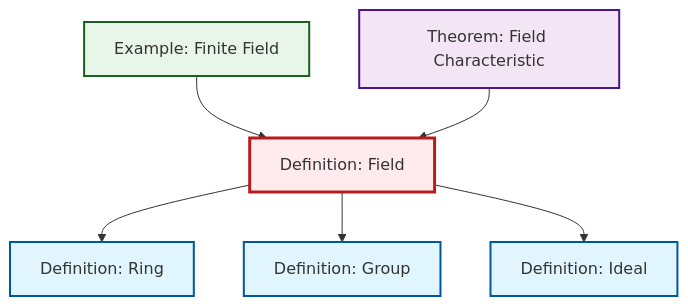
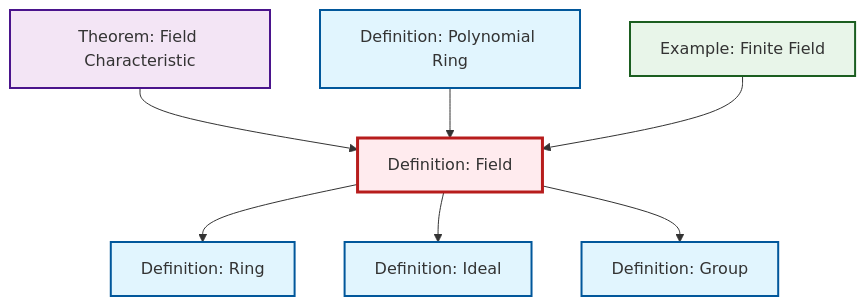
Before and after one commit to RK0429/ModernMath: the diagram in content/ja/algebra/def-field.qmd, drawn with Mermaid. The commit also changed 434 other files, not shown here.

First line of the commit message:
feat: Add polynomial ring definition with comprehensive cross-references

````diff
--- a/content/ja/algebra/def-field.qmd
+++ b/content/ja/algebra/def-field.qmd
@@ -57,26 +57,29 @@
 ```{mermaid}
 %%| fig-cap: "Local dependency graph"
 graph TD
     classDef definition fill:#e1f5fe,stroke:#01579b,stroke-width:2px
     classDef theorem fill:#f3e5f5,stroke:#4a148c,stroke-width:2px
     classDef axiom fill:#fff3e0,stroke:#e65100,stroke-width:2px
     classDef example fill:#e8f5e9,stroke:#1b5e20,stroke-width:2px
     classDef current fill:#ffebee,stroke:#b71c1c,stroke-width:3px
     ex-finite-field["Example: Finite Field"]:::example
+    def-ring["Definition: Ring"]:::definition
+    def-group["Definition: Group"]:::definition
     def-field["Definition: Field"]:::definition
     thm-field-characteristic["Theorem: Field Characteristic"]:::theorem
+    def-polynomial-ring["Definition: Polynomial Ring"]:::definition
     def-ideal["Definition: Ideal"]:::definition
-    def-group["Definition: Group"]:::definition
-    def-ring["Definition: Ring"]:::definition
     def-field --> def-ring
+    thm-field-characteristic --> def-field
+    def-polynomial-ring --> def-field
+    def-field --> def-ideal
     ex-finite-field --> def-field
     def-field --> def-group
-    def-field --> def-ideal
-    thm-field-characteristic --> def-field
     class def-field current
     click ex-finite-field "ex-finite-field.html" "Example: Finite Fieldへ"
+    click def-ring "def-ring.html" "Definition: Ringへ"
+    click def-group "def-group.html" "Definition: Groupへ"
     click thm-field-characteristic "thm-field-characteristic.html" "Theorem: Field Characteristicへ"
+    click def-polynomial-ring "def-polynomial-ring.html" "Definition: Polynomial Ringへ"
     click def-ideal "def-ideal.html" "Definition: Idealへ"
-    click def-group "def-group.html" "Definition: Groupへ"
-    click def-ring "def-ring.html" "Definition: Ringへ"
 ```
````
